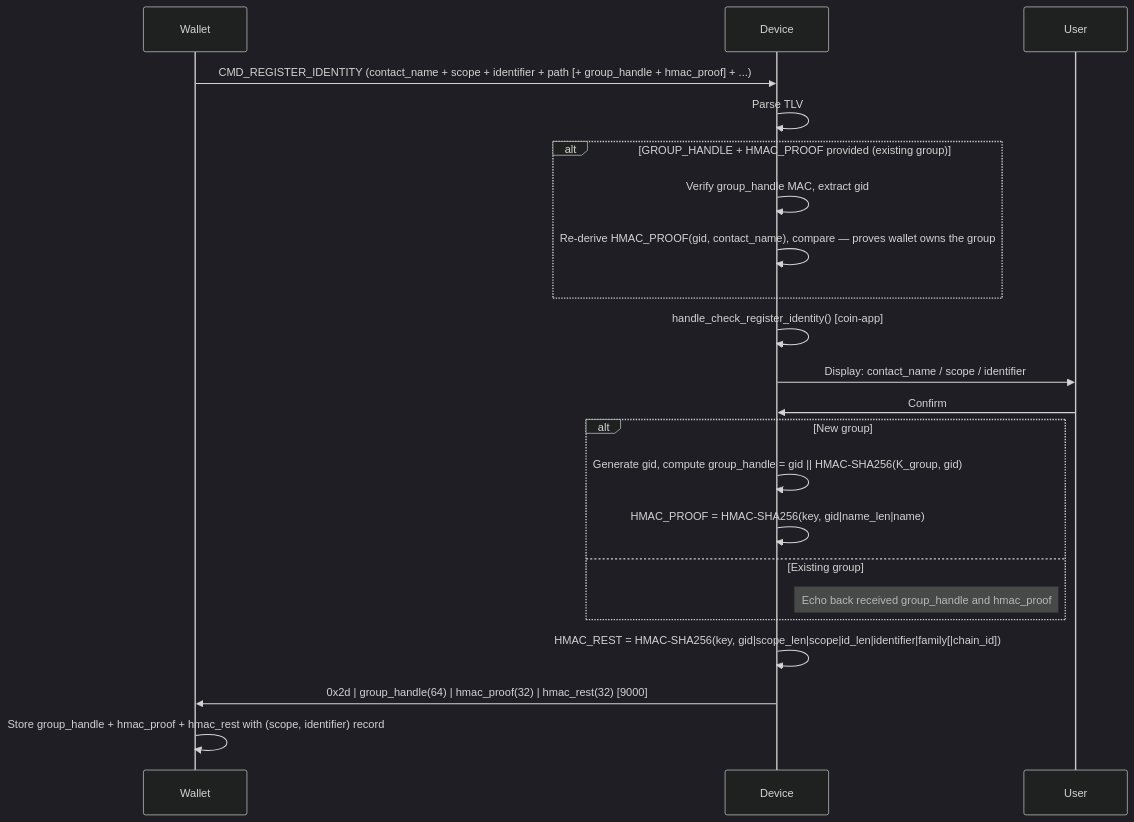
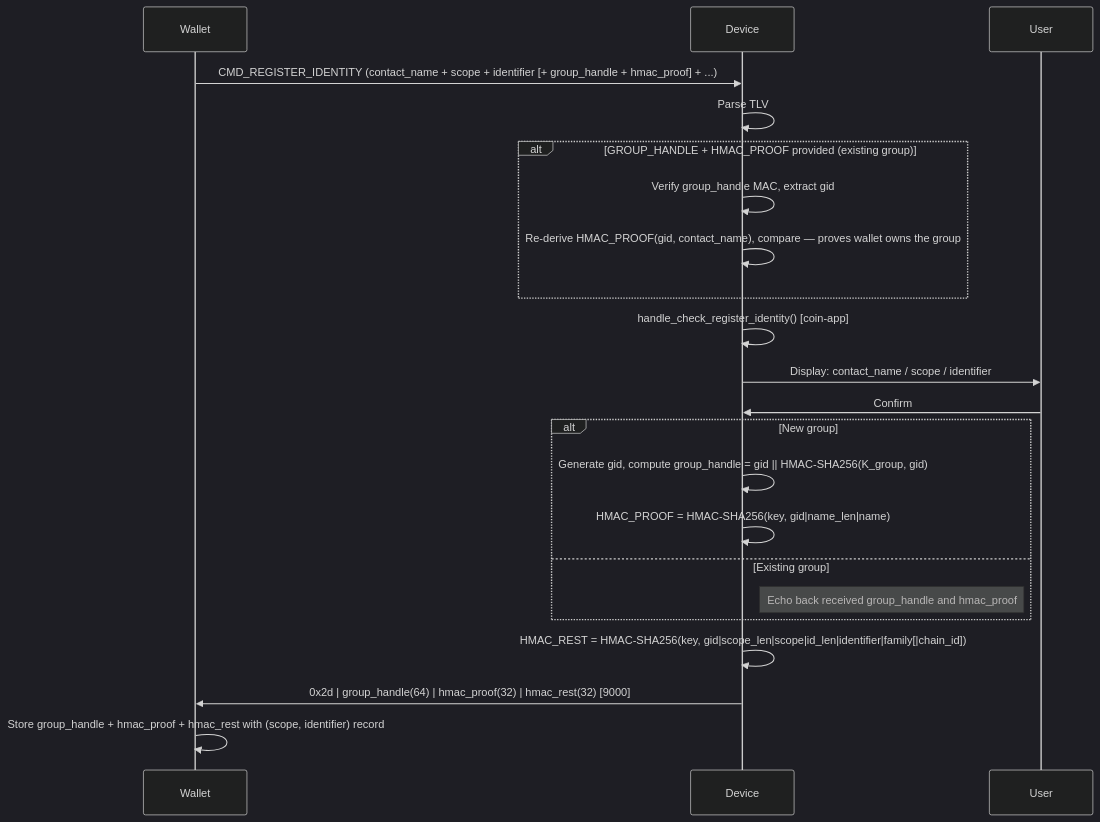
The third of 10 diagrams in app_features/address_book/doc/address_book_spec.md (LedgerHQ/ledger-secure-sdk), drawn with Mermaid (dark theme) before and after one commit. The commit also changed other lines of this file and 8 other files, not shown here.

Commit message:
Cleanup DERIVATION_PATH from AddressBook Identity

````diff
--- a/app_features/address_book/doc/address_book_spec.md
+++ b/app_features/address_book/doc/address_book_spec.md
@@ -293,22 +292,22 @@
 ```mermaid
 sequenceDiagram
 
-    Wallet->>Device: CMD_REGISTER_IDENTITY (contact_name + scope + identifier + path [+ group_handle + hmac_proof] + ...)
+    Wallet->>Device: CMD_REGISTER_IDENTITY (contact_name + scope + identifier [+ group_handle + hmac_proof] + ...)
     Device->>Device: Parse TLV
     alt GROUP_HANDLE + HMAC_PROOF provided (existing group)
         Device->>Device: Verify group_handle MAC, extract gid
         Device->>Device: Re-derive HMAC_PROOF(gid, contact_name), compare — proves wallet owns the group
     end
     Device->>Device: handle_check_register_identity() [coin-app]
     Device->>User: Display: contact_name / scope / identifier
     User->>Device: Confirm
     alt New group
         Device->>Device: Generate gid, compute group_handle = gid || HMAC-SHA256(K_group, gid)
         Device->>Device: HMAC_PROOF = HMAC-SHA256(key, gid|name_len|name)
     else Existing group
         Note right of Device: Echo back received group_handle and hmac_proof
     end
     Device->>Device: HMAC_REST = HMAC-SHA256(key, gid|scope_len|scope|id_len|identifier|family[|chain_id])
     Device->>Wallet: 0x2d | group_handle(64) | hmac_proof(32) | hmac_rest(32)  [9000]
     Wallet->>Wallet: Store group_handle + hmac_proof + hmac_rest with (scope, identifier) record
 ```
````
